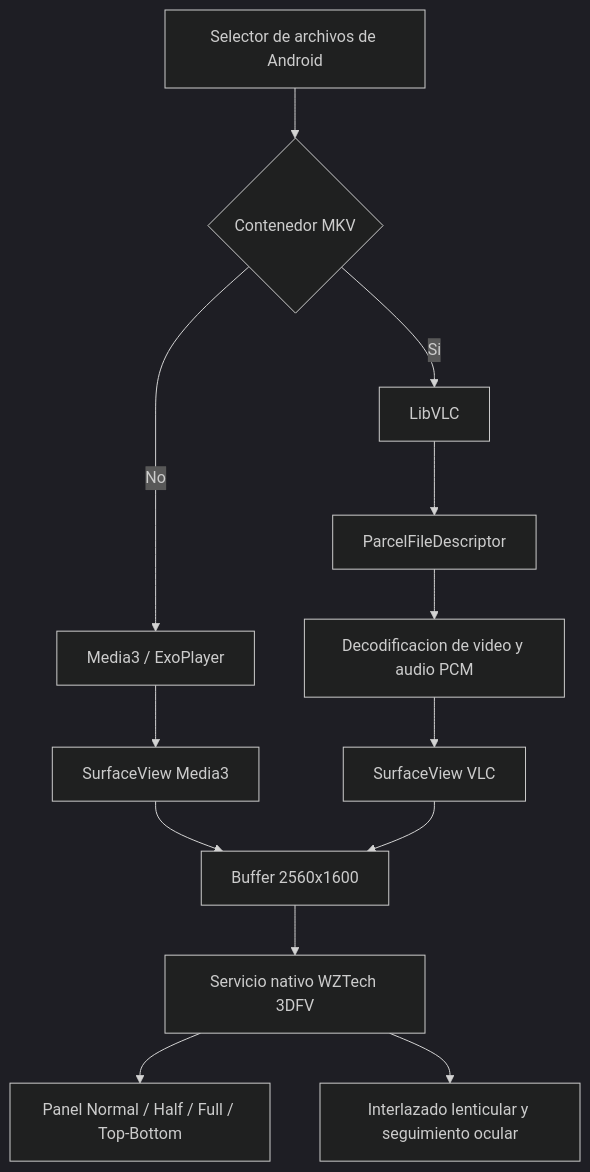
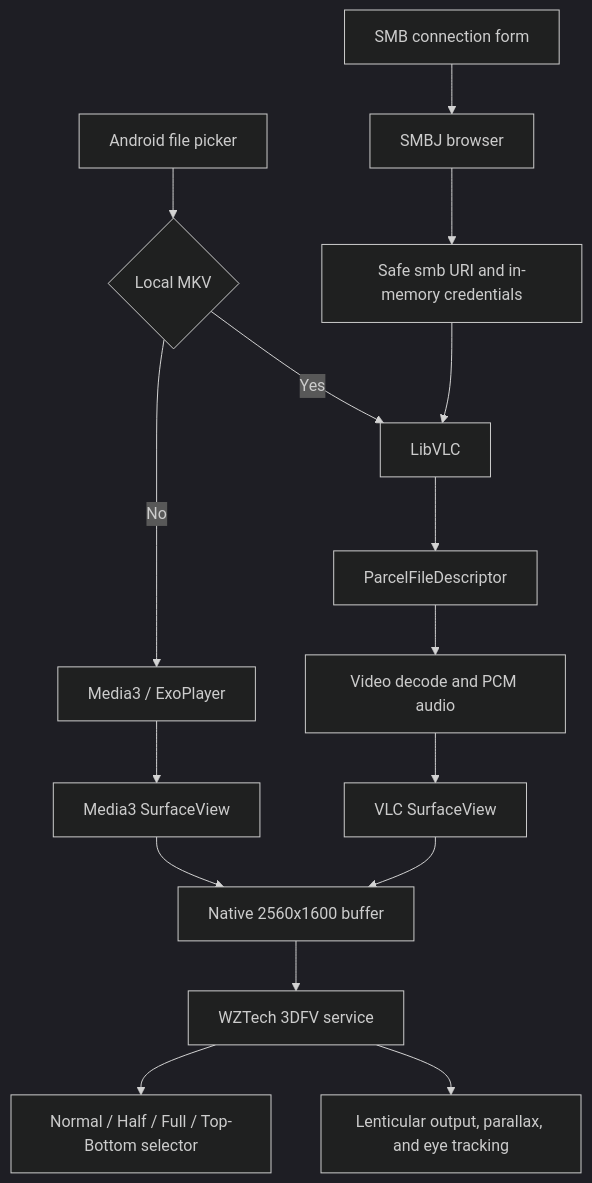
Before and after one commit to jdmarinv/SKYY-MKV-3D: the diagram in README.md, drawn with Mermaid (dark theme). The commit also changed other lines of this file and 4 other files, not shown here.

````diff
--- a/README.md
+++ b/README.md
@@ -45,15 +48,18 @@
 ```mermaid
 flowchart TD
-    A[Selector de archivos de Android] --> B{Contenedor MKV}
+    A[Android file picker] --> B{Local MKV}
     B -->|No| C[Media3 / ExoPlayer]
-    B -->|Si| D[LibVLC]
-    C --> E[SurfaceView Media3]
+    B -->|Yes| D[LibVLC]
+    C --> E[Media3 SurfaceView]
     D --> F[ParcelFileDescriptor]
-    F --> G[Decodificacion de video y audio PCM]
-    G --> H[SurfaceView VLC]
-    E --> I[Buffer 2560x1600]
-    H --> I
-    I --> J[Servicio nativo WZTech 3DFV]
-    J --> K[Panel Normal / Half / Full / Top-Bottom]
-    J --> L[Interlazado lenticular y seguimiento ocular]
+    F --> G[Video decode and PCM audio]
+    G --> H[VLC SurfaceView]
+    I[SMB connection form] --> J[SMBJ browser]
+    J --> K[Safe smb URI and in-memory credentials]
+    K --> D
+    E --> L[Native 2560x1600 buffer]
+    H --> L
+    L --> M[WZTech 3DFV service]
+    M --> N[Normal / Half / Full / Top-Bottom selector]
+    M --> O[Lenticular output, parallax, and eye tracking]
 ```
````
